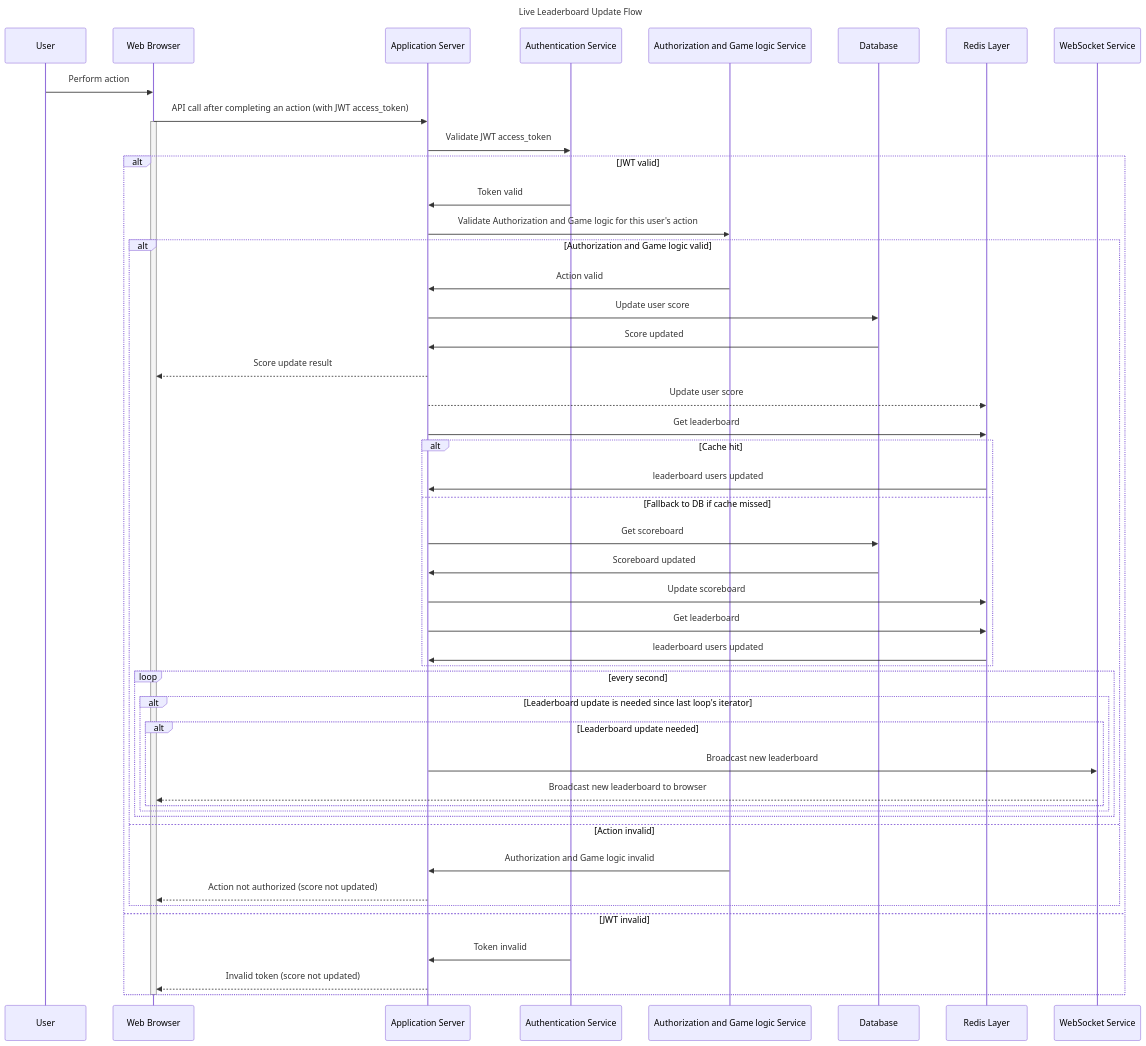
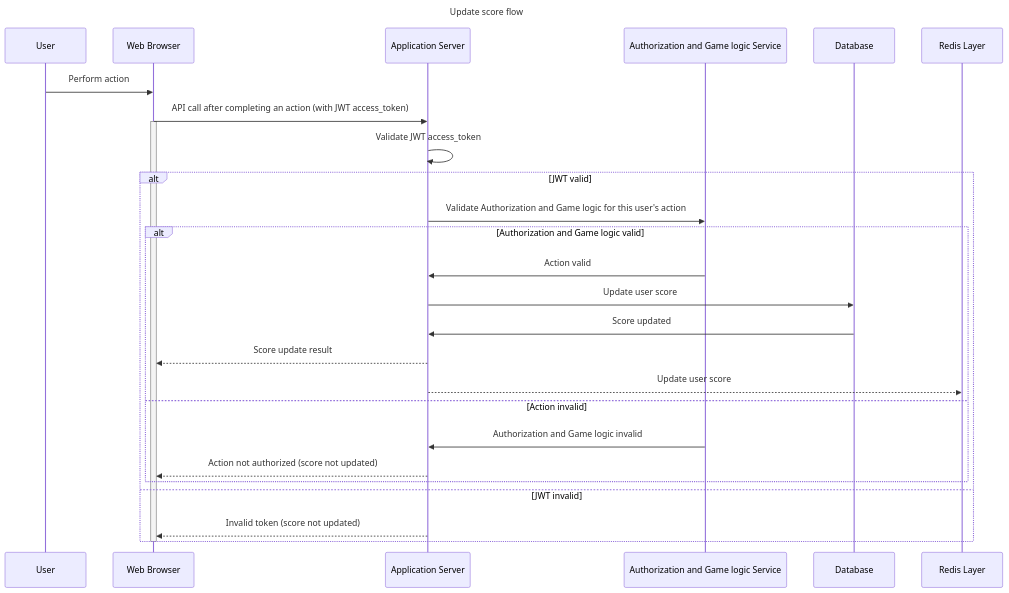
The first of 2 diagrams in challenge3/README.md (ductran2702/code_challenge_backend), drawn with Mermaid before and after one commit. The commit also changed other lines of this file, not shown here.

Commit message:
challenge 3: Separate flowchart for Real-time Leaderboard Update Flow

````diff
--- a/challenge3/README.md
+++ b/challenge3/README.md
@@ -9,65 +9,42 @@
 ```mermaid
 sequenceDiagram
-    title Live Leaderboard Update Flow
+    title Update score flow
 
     participant User
     participant WebBrowser as Web Browser
     participant AppServer as Application Server
-    participant AuthService as Authentication Service
     participant GameService as Authorization and Game logic Service
     participant DB as Database
     participant Redis as Redis Layer
-    participant WebSocket as WebSocket Service
 
     %% User performs action
     User->>WebBrowser: Perform action
 
     %% Web Browser initiates score update
     WebBrowser->>AppServer: API call after completing an action (with JWT access_token)
     activate WebBrowser
 
     %% App Server validates JWT
-    AppServer->>AuthService: Validate JWT access_token
+    AppServer->>AppServer: Validate JWT access_token
 
     alt JWT valid
-        AuthService->>AppServer: Token valid
-
         AppServer->>GameService: Validate Authorization and Game logic for this user's action
 
         alt Authorization and Game logic valid
             GameService->>AppServer: Action valid
             %% App Server updates user score
             AppServer->>DB: Update user score
             DB->>AppServer: Score updated
 
             AppServer-->>WebBrowser: Score update result  
 
             AppServer-->>Redis: Update user score
-            AppServer->>Redis: Get leaderboard
-            alt Cache hit
-                Redis->>AppServer: leaderboard users updated
-            else Fallback to DB if cache missed
-                AppServer->>DB: Get scoreboard
-                DB->>AppServer: Scoreboard updated
-                AppServer->>Redis: Update scoreboard
-                AppServer->>Redis: Get leaderboard
-                Redis->>AppServer: leaderboard users updated
-            end
-            loop every second
-                alt Leaderboard update is needed since last loop's iterator
-                    alt Leaderboard update needed
-                        AppServer->>WebSocket: Broadcast new leaderboard
-                        WebSocket-->>WebBrowser: Broadcast new leaderboard to browser
-                    end
-                end
-            end
         else Action invalid
             GameService->>AppServer: Authorization and Game logic invalid
             AppServer-->>WebBrowser: Action not authorized (score not updated)
         end
     else JWT invalid
-        AuthService->>AppServer: Token invalid
         AppServer-->>WebBrowser: Invalid token (score not updated)
     end
     deactivate WebBrowser
 ```
````
